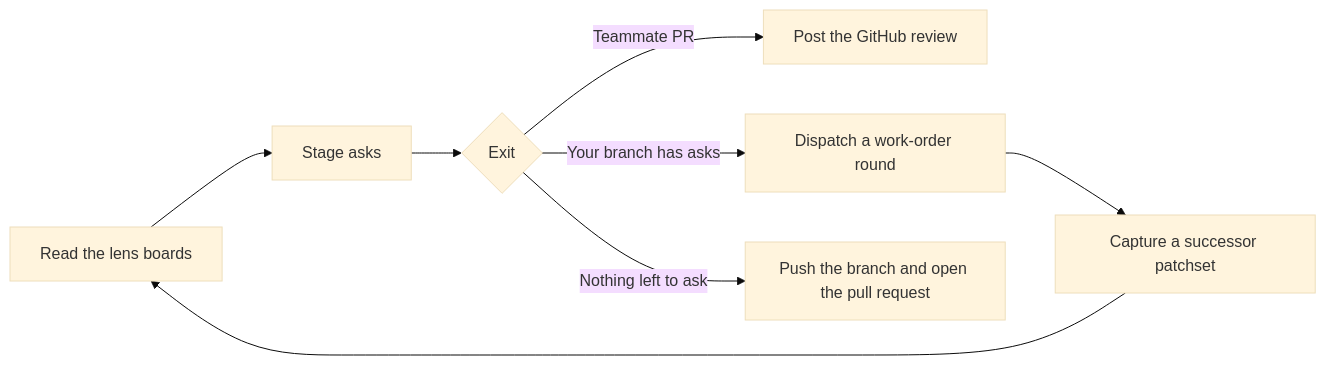
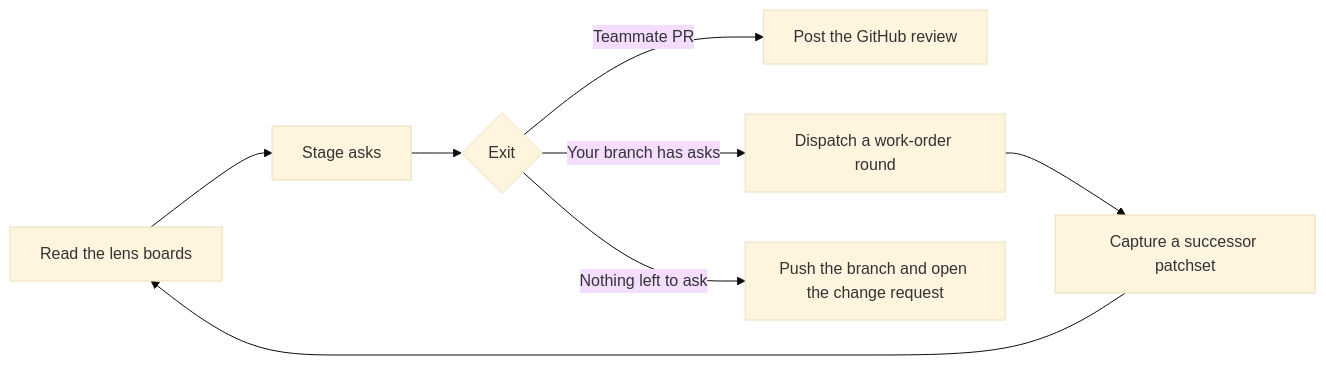
Before and after one commit to rbutera/Rennet: the second of 3 diagrams in docs/developing/decisions/contracts-and-rulings.md, drawn with Mermaid (base theme). The commit also changed other lines of this file and 25 other files, not shown here.

````diff
--- a/docs/developing/decisions/contracts-and-rulings.md
+++ b/docs/developing/decisions/contracts-and-rulings.md
@@ -113,10 +113,10 @@
 ```mermaid
 flowchart LR
   read["Read the lens boards"] --> stage["Stage asks"]
   stage --> exit{"Exit"}
   exit -->|Teammate PR| post["Post the GitHub review"]
   exit -->|Your branch has asks| round["Dispatch a work-order round"]
   round --> successor["Capture a successor patchset"]
   successor --> read
-  exit -->|Nothing left to ask| pr["Push the branch and open the pull request"]
+  exit -->|Nothing left to ask| pr["Push the branch and open the change request"]
 ```
````
